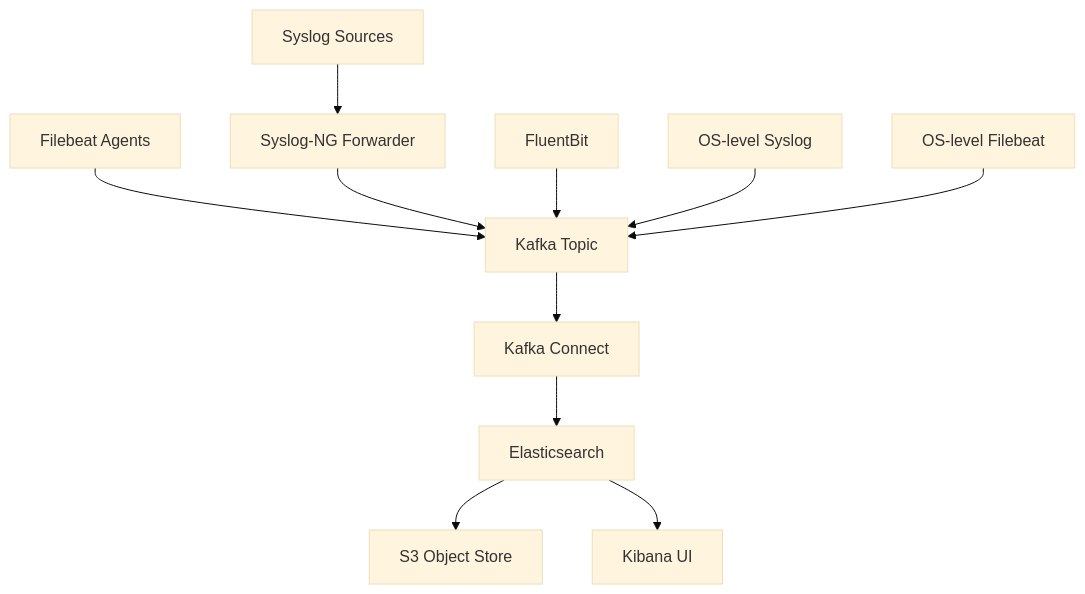
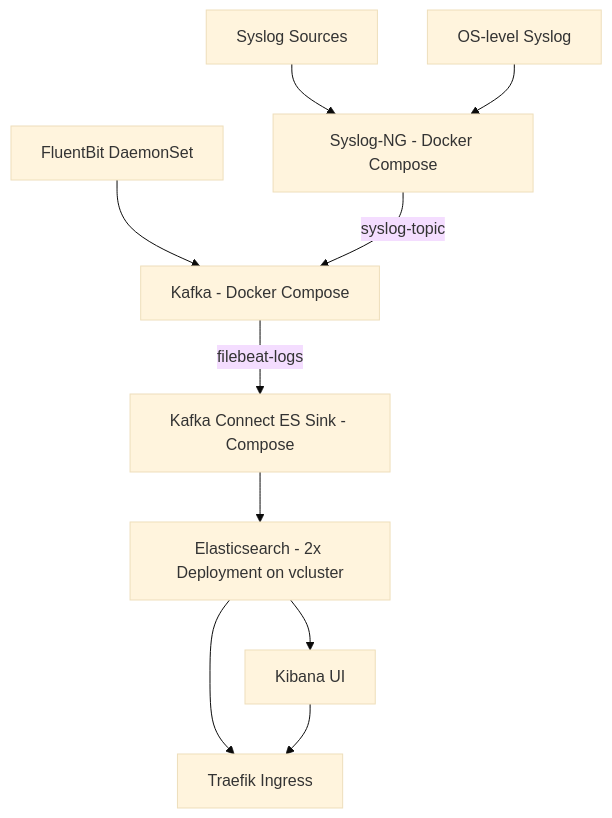
The diagram in Deployment/DEPLOY_ELASTIC.md (georgelza/ElasticPipelineLab), drawn with Mermaid (base theme) before and after one commit. The commit also changed other lines of this file and 9 other files, not shown here.

````diff
--- a/Deployment/DEPLOY_ELASTIC.md
+++ b/Deployment/DEPLOY_ELASTIC.md
@@ -9,13 +22,12 @@
 ```mermaid
 graph TD
-    A[Syslog Sources] --> B[Syslog-NG Forwarder] 
-    C[Filebeat Agents] --> D[Kafka Topic]
-    B --> D
-    D --> E[Kafka Connect]
-    E --> F[Elasticsearch]
-    F --> K[S3 Object Store]
+    A[Syslog Sources] --> B[Syslog-NG - Docker Compose]
+    H[FluentBit DaemonSet] --> D[Kafka - Docker Compose]
+    B -->|syslog-topic| D
+    D -->|filebeat-logs| E[Kafka Connect ES Sink - Compose]
+    E --> F[Elasticsearch - 2x Deployment on vcluster]
     F --> G[Kibana UI]
-    H[FluentBit] --> D
-    I[OS-level Syslog] --> D
-    J[OS-level Filebeat] --> D
+    F --> K[Traefik Ingress]
+    G --> K
+    I[OS-level Syslog] --> B
 ```
````
